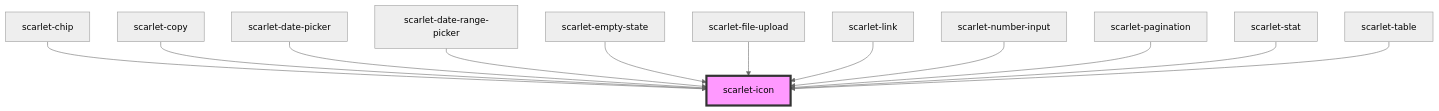
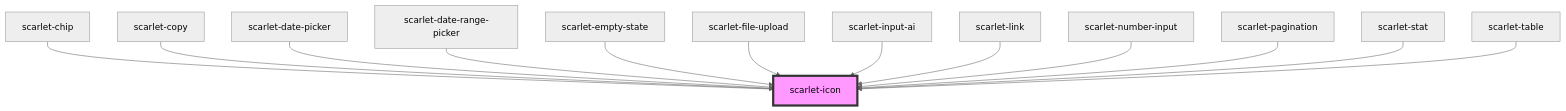
One commit to alexLaw10/scarlet-designer-system changed the diagram in src/components/foundation/scarlet-icon/readme.md. Above: the diagram before and after it, drawn with Mermaid (neutral theme). The commit also changed other lines of this file and 9 other files, not shown here.

````diff
--- a/src/components/foundation/scarlet-icon/readme.md
+++ b/src/components/foundation/scarlet-icon/readme.md
@@ -47,15 +48,16 @@
 ```mermaid
 graph TD;
   scarlet-chip --> scarlet-icon
   scarlet-copy --> scarlet-icon
   scarlet-date-picker --> scarlet-icon
   scarlet-date-range-picker --> scarlet-icon
   scarlet-empty-state --> scarlet-icon
   scarlet-file-upload --> scarlet-icon
+  scarlet-input-ai --> scarlet-icon
   scarlet-link --> scarlet-icon
   scarlet-number-input --> scarlet-icon
   scarlet-pagination --> scarlet-icon
   scarlet-stat --> scarlet-icon
   scarlet-table --> scarlet-icon
   style scarlet-icon fill:#f9f,stroke:#333,stroke-width:4px
 ```
````
